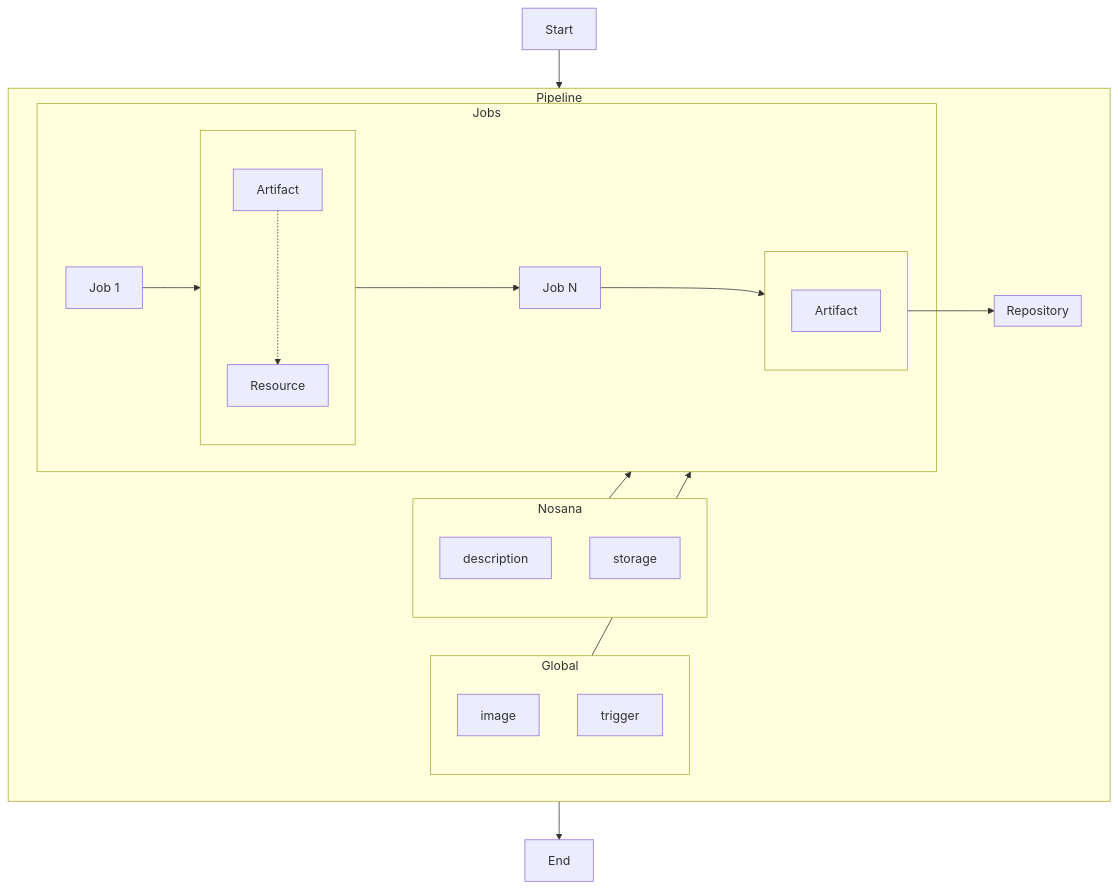
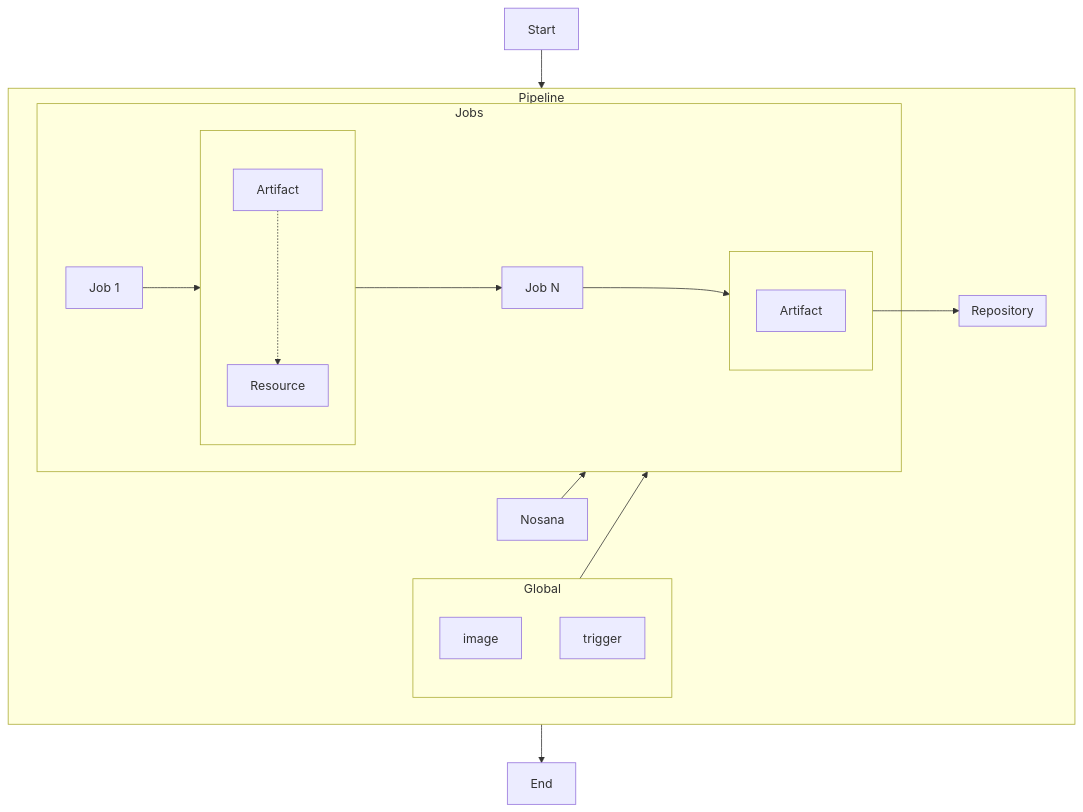
Before and after one commit to nosana-ci/docs.nosana.io: the diagram in docs/pipelines/intro.md, drawn with Mermaid. The commit also changed 3 other files, not shown here.

````diff
--- a/docs/pipelines/intro.md
+++ b/docs/pipelines/intro.md
@@ -81,44 +81,39 @@
 ```mermaid
 flowchart TB
 
     subgraph Pipeline
-
-        subgraph Nosana
-            description
-            storage
-        end
 
         subgraph Global
             image
             trigger
         end
 
         subgraph repo[Repository]
         end
 
         subgraph Jobs
             job1[Job 1]
             jobn[Job N]
 
             subgraph artres1[ ]
                 art1[Artifact]
                 res1[Resource]
                 art1 -..-> res1
             end
 
             subgraph endart[ ]
                 Artifact
             end
 
             job1 --> artres1 --> jobn
             jobn --> endart
         end
 
         Nosana --> Jobs
         Global --> Jobs
         endart --> repo
 
     end
 
     A[Start]--> Pipeline --> B[End]
 ```
````
